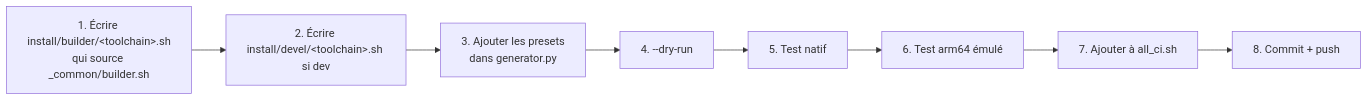
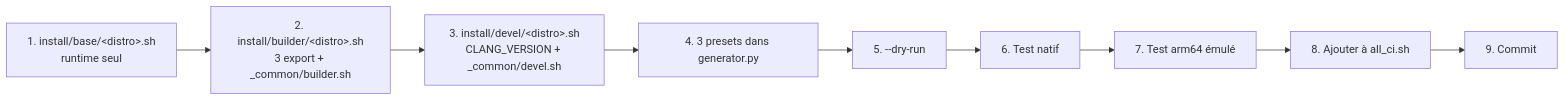
Before and after one commit to Silmaen/DockerImages: the sixth of 7 diagrams in README.md, drawn with Mermaid. The commit also changed other lines of this file and 26 other files, not shown here.

````diff
--- a/README.md
+++ b/README.md
@@ -254,10 +274,11 @@
 ```mermaid
 flowchart LR
-    A[1. Écrire install/builder/&lt;toolchain&gt;.sh<br/>qui source _common/builder.sh] --> B[2. Écrire install/devel/&lt;toolchain&gt;.sh si dev]
-    B --> C[3. Ajouter les presets<br/>dans generator.py]
-    C --> D[4. --dry-run]
-    D --> E[5. Test natif]
-    E --> F[6. Test arm64 émulé]
-    F --> G[7. Ajouter à all_ci.sh]
-    G --> H[8. Commit + push]
+    A[1. install/base/&lt;distro&gt;.sh<br/>runtime seul] --> B[2. install/builder/&lt;distro&gt;.sh<br/>3 export + _common/builder.sh]
+    B --> C[3. install/devel/&lt;distro&gt;.sh<br/>CLANG_VERSION + _common/devel.sh]
+    C --> D[4. 3 presets dans generator.py]
+    D --> E[5. --dry-run]
+    E --> F[6. Test natif]
+    F --> G[7. Test arm64 émulé]
+    G --> H[8. Ajouter à all_ci.sh]
+    H --> I[9. Commit]
 ```
````
